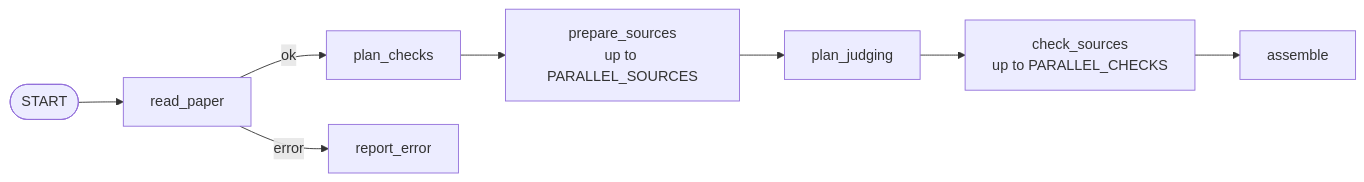
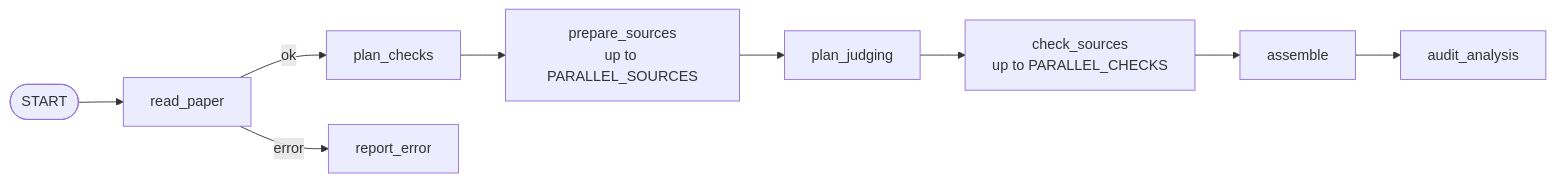
One commit to ZenithGeeks/SecretSource-prototype changed the fourth of 4 diagrams in ARCHITECTURE.md. Above: the diagram before and after it, drawn with Mermaid. The commit also changed other lines of this file and 4 other files, not shown here.

First line of the commit message:
refactor(SCRUM-156): keep the analysis graph in step with the gateway

````diff
--- a/ARCHITECTURE.md
+++ b/ARCHITECTURE.md
@@ -193,10 +193,11 @@
 ```mermaid
 flowchart LR
     S(["START"]) --> RP["read_paper"]
     RP -->|ok| PC["plan_checks"]
     RP -->|error| RE["report_error"]
     PC --> PS["prepare_sources<br/>up to PARALLEL_SOURCES"]
     PS --> PJ["plan_judging"]
     PJ --> CS["check_sources<br/>up to PARALLEL_CHECKS"]
     CS --> AS["assemble"]
+    AS --> AU["audit_analysis"]
 ```
````
